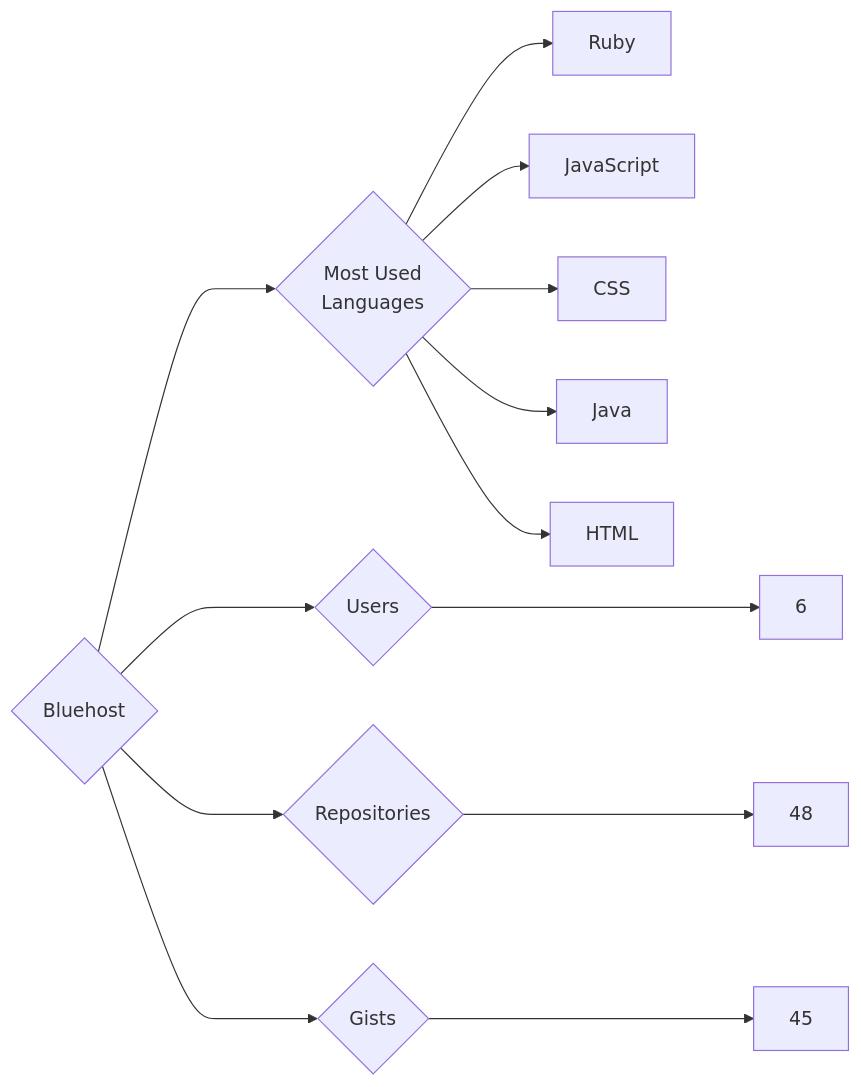
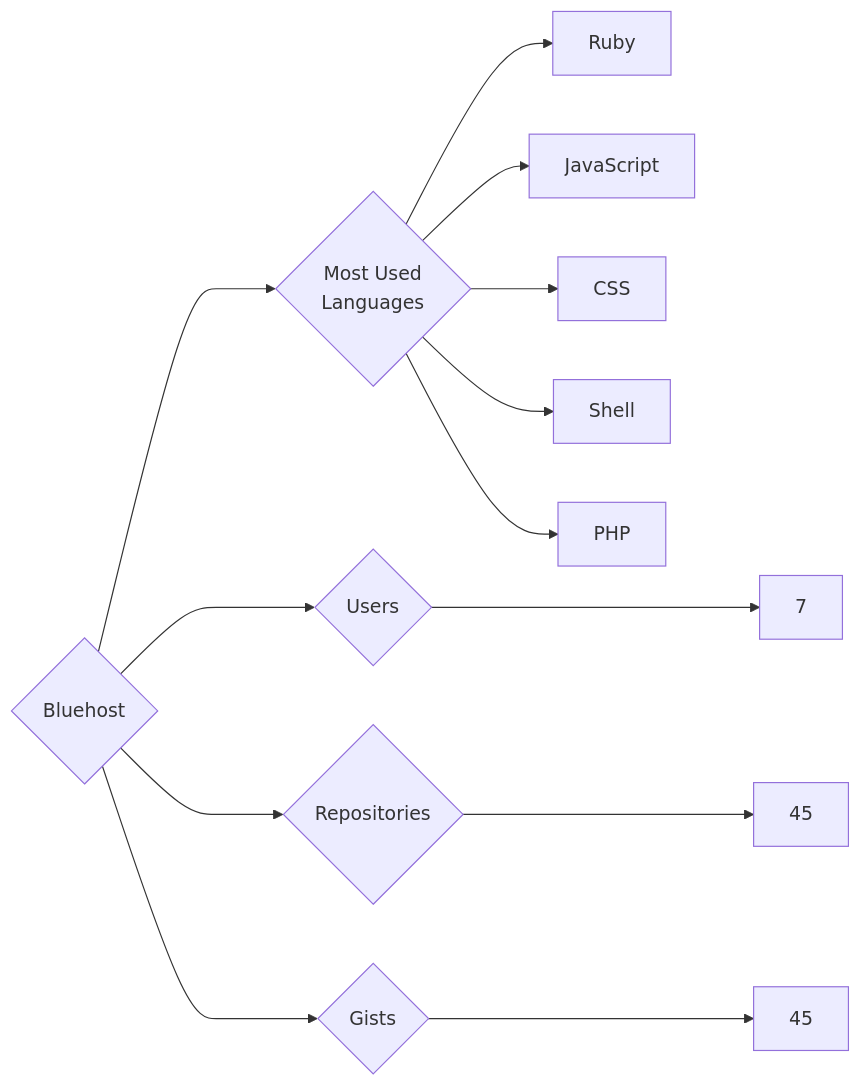
One commit to trickest/insiders changed the diagram in targets/Bluehost/README.md. Above: the diagram before and after it, drawn with Mermaid. The commit also changed 1055 other files, not shown here.

````diff
--- a/targets/Bluehost/README.md
+++ b/targets/Bluehost/README.md
@@ -3,13 +3,13 @@
 ```mermaid
 graph LR
 COMPANY_NAME{Bluehost}
-COMPANY_NAME ---> U{Users} ---> UN[6]
-COMPANY_NAME ---> R{Repositories} ---> RN[48]
+COMPANY_NAME ---> U{Users} ---> UN[7]
+COMPANY_NAME ---> R{Repositories} ---> RN[45]
 COMPANY_NAME ---> G{Gists} ---> GN[45]
 COMPANY_NAME ---> ML{Most Used<br>Languages}
 ML --> Ruby[Ruby]
 ML --> JavaScript[JavaScript]
 ML --> CSS[CSS]
-ML --> Java[Java]
-ML --> HTML[HTML]
+ML --> Shell[Shell]
+ML --> PHP[PHP]
 ```
````
